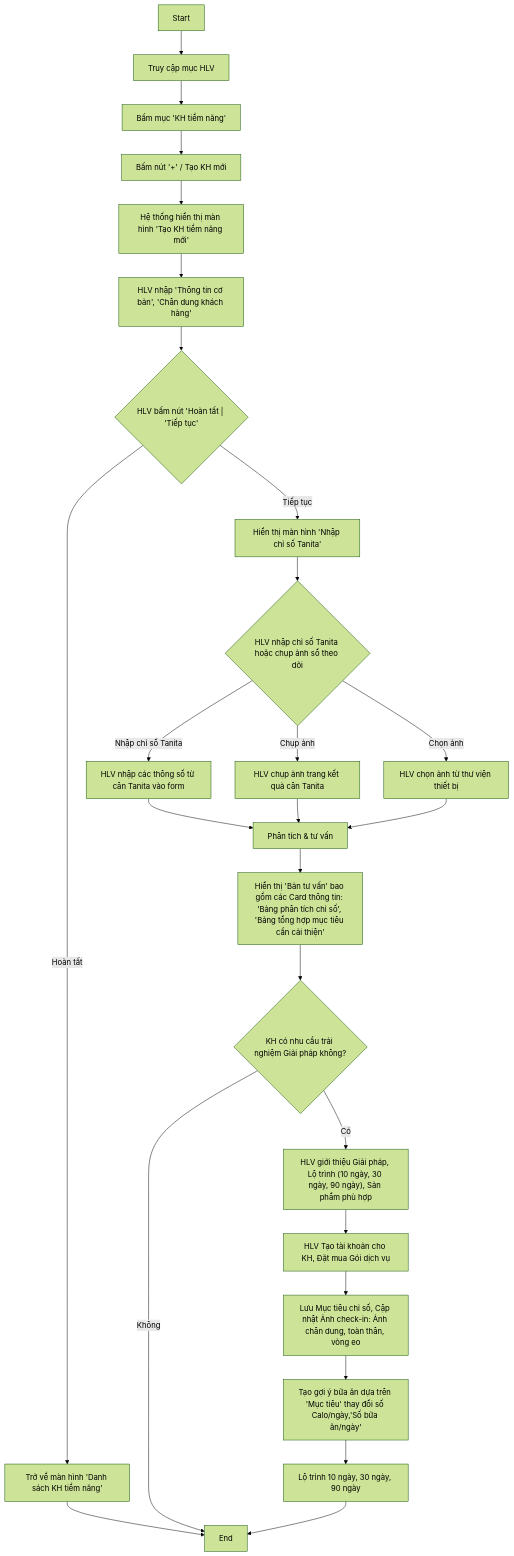
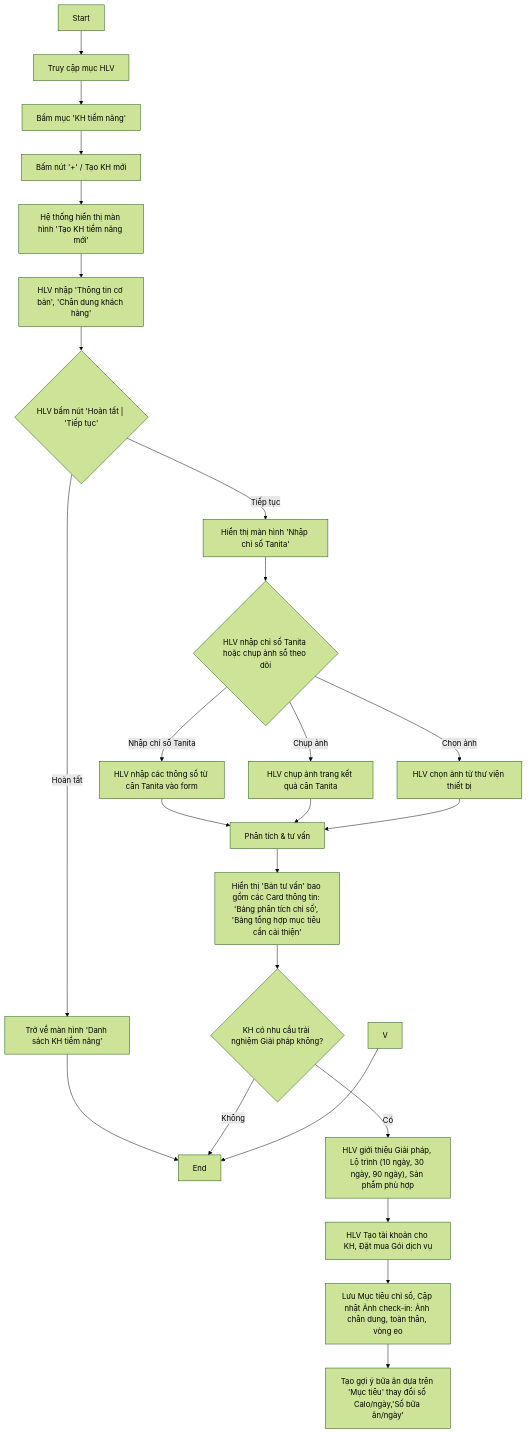
One commit to cuongpt083/ancare-enhancement changed the diagram in docs/to-be/Workflow-HLV.md. Above: the diagram before and after it, drawn with Mermaid (forest theme). The commit also changed other lines of this file, not shown here.

````diff
--- a/docs/to-be/Workflow-HLV.md
+++ b/docs/to-be/Workflow-HLV.md
@@ -9,28 +9,27 @@
 ```mermaid
 graph TD
     A[Start] --> B["Truy cập mục HLV"]
     B --> C["Bấm mục 'KH tiềm năng'"]
     C --> D["Bấm nút '+' / Tạo KH mới"]
     D --> E["Hệ thống hiển thị màn hình 'Tạo KH tiềm năng mới'"]
     E --> F["HLV nhập 'Thông tin cơ bản', 'Chân dung khách hàng'"]
     F --> G{"HLV bấm nút 'Hoàn tất | 'Tiếp tục'"}
     G -- "Hoàn tất" --> H["Trở về màn hình 'Danh sách KH tiềm năng'"]
     H --> I[End]
     G -- "Tiếp tục" --> J["Hiển thị màn hình 'Nhập chỉ số Tanita'"]
     J --> K{"HLV nhập chỉ số Tanita hoặc chụp ảnh sổ theo dõi"}
     K -- "Nhập chỉ số Tanita" --> L["HLV nhập các thông số từ cân Tanita vào form"]
     K -- "Chụp ảnh" --> M["HLV chụp ảnh trang kết quả cân Tanita"]
     K -- "Chọn ảnh" --> N["HLV chọn ảnh từ thư viện thiết bị"]
     L --> O["Phân tích & tư vấn"]
     M --> O
     N --> O
     O --> P["Hiển thị 'Bản tư vấn' bao gồm các Card thông tin: 'Bảng phân tích chỉ số', 'Bảng tổng hợp mục tiêu cần cải thiện'"]
     P --> Q{"KH có nhu cầu trải nghiệm Giải pháp không?"}
     Q --"Có"--> R["HLV giới thiệu Giải pháp, Lộ trình (10 ngày, 30 ngày, 90 ngày), Sản phẩm phù hợp"]
     Q --"Không"--> I
     R --> S["HLV Tạo tài khoản cho KH, Đặt mua Gói dịch vụ"]
     S --> T["Lưu Mục tiêu chỉ số, Cập nhật Ảnh check-in: Ảnh chân dung, toàn thân, vòng eo"]
     T --> U["Tạo gợi ý bữa ăn dựa trên 'Mục tiêu' thay đổi số Calo/ngày,'Số bữa ăn/ngày' " ]
-    U --> V["Lộ trình 10 ngày, 30 ngày, 90 ngày"]
     V --> I
 ```
````
